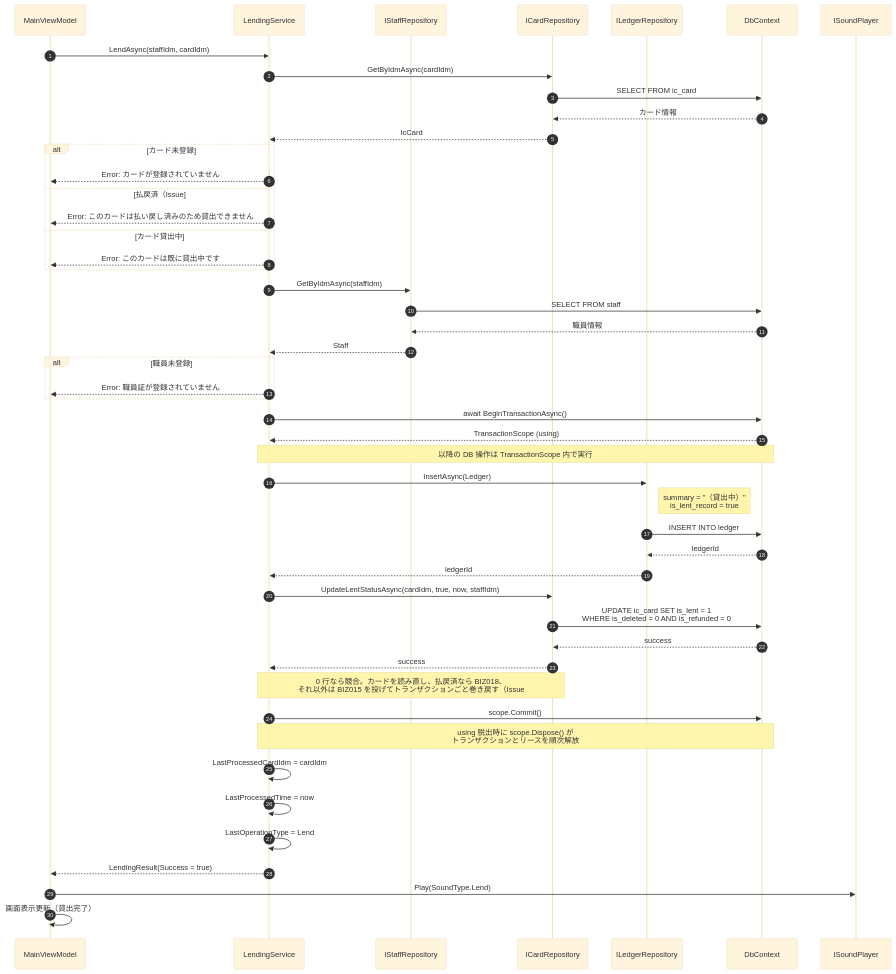
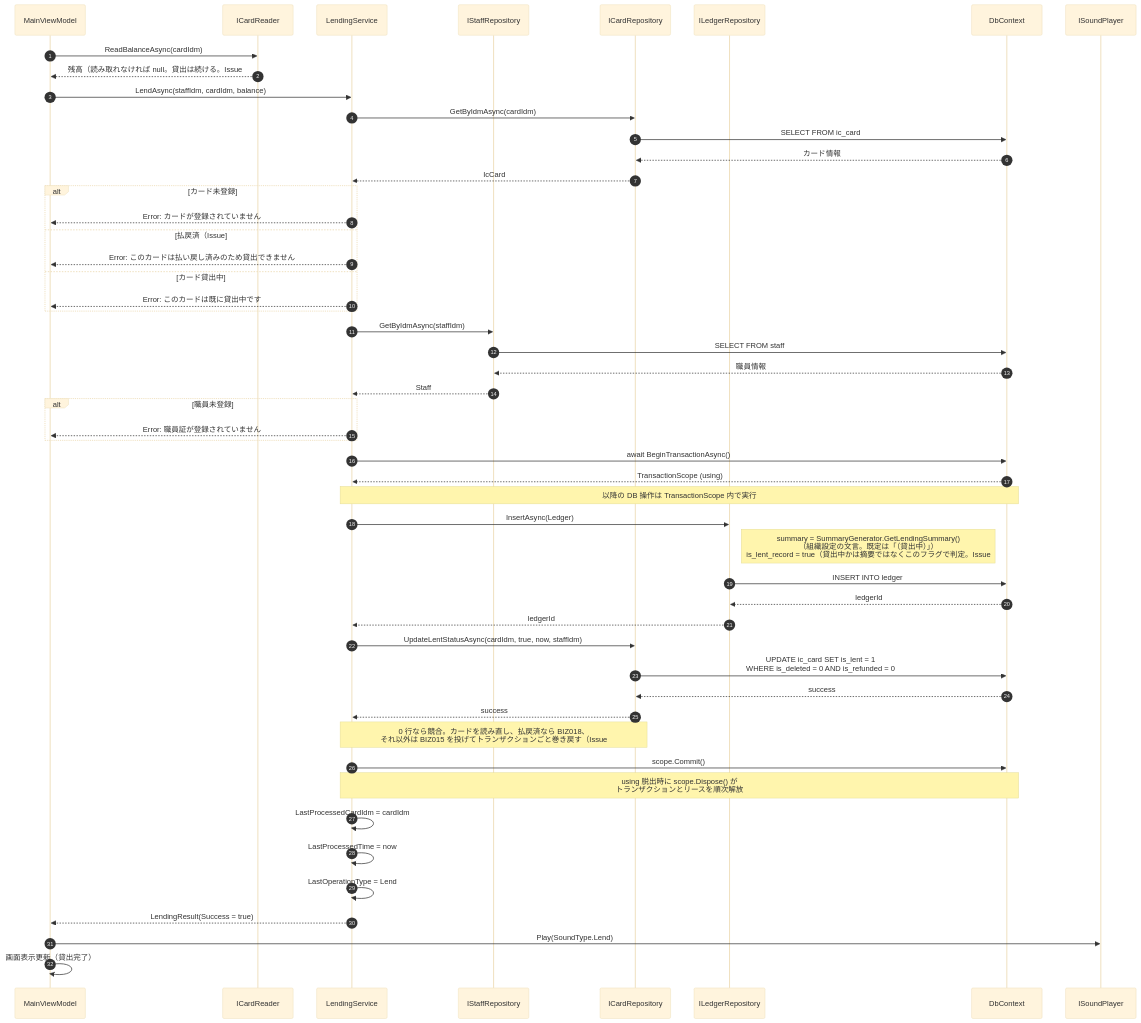
The second of 17 diagrams in ICCardManager/docs/design/06_シーケンス図.md (kuwayamamasayuki/ICCardManager), drawn with Mermaid (base theme) before and after one commit. The commit also changed other lines of this file and 1 other file, not shown here.

First line of the commit message:
docs: シーケンス図のレビュー指摘を反映し、#2309 から申し送りの食い違いを直した（#2310）

````diff
--- a/ICCardManager/docs/design/06_シーケンス図.md
+++ b/ICCardManager/docs/design/06_シーケンス図.md
@@ -119,63 +119,66 @@
 ```mermaid
 sequenceDiagram
     autonumber
     participant VM as MainViewModel
+    participant Reader as ICardReader
     participant LS as LendingService
     participant SR as IStaffRepository
     participant CR as ICardRepository
     participant LR as ILedgerRepository
     participant DB as DbContext
     participant Sound as ISoundPlayer
 
-    VM->>LS: LendAsync(staffIdm, cardIdm)
+    VM->>Reader: ReadBalanceAsync(cardIdm)
+    Reader-->>VM: 残高（読み取れなければ null。貸出は続ける。Issue #526）
+    VM->>LS: LendAsync(staffIdm, cardIdm, balance)
 
     LS->>CR: GetByIdmAsync(cardIdm)
     CR->>DB: SELECT FROM ic_card
     DB-->>CR: カード情報
     CR-->>LS: IcCard
 
     alt カード未登録
         LS-->>VM: Error: カードが登録されていません
     else 払戻済（Issue #2322）
         LS-->>VM: Error: このカードは払い戻し済みのため貸出できません
     else カード貸出中
         LS-->>VM: Error: このカードは既に貸出中です
     end
 
     LS->>SR: GetByIdmAsync(staffIdm)
     SR->>DB: SELECT FROM staff
     DB-->>SR: 職員情報
     SR-->>LS: Staff
 
     alt 職員未登録
         LS-->>VM: Error: 職員証が登録されていません
     end
 
     LS->>DB: await BeginTransactionAsync()
     DB-->>LS: TransactionScope (using)
     Note over LS,DB: 以降の DB 操作は TransactionScope 内で実行
 
     LS->>LR: InsertAsync(Ledger)
-    Note right of LR: summary = "（貸出中）"<br/>is_lent_record = true
+    Note right of LR: summary = SummaryGenerator.GetLendingSummary()<br/>（組織設定の文言。既定は「（貸出中）」）<br/>is_lent_record = true（貸出中かは摘要ではなくこのフラグで判定。Issue #2044）
     LR->>DB: INSERT INTO ledger
     DB-->>LR: ledgerId
     LR-->>LS: ledgerId
 
     LS->>CR: UpdateLentStatusAsync(cardIdm, true, now, staffIdm)
     CR->>DB: UPDATE ic_card SET is_lent = 1<br/>WHERE is_deleted = 0 AND is_refunded = 0
     DB-->>CR: success
     CR-->>LS: success
     Note over LS,CR: 0 行なら競合。カードを読み直し、払戻済なら BIZ018、<br/>それ以外は BIZ015 を投げてトランザクションごと巻き戻す（Issue #1953 / #2322）
 
     LS->>DB: scope.Commit()
     Note over LS,DB: using 脱出時に scope.Dispose() が<br/>トランザクションとリースを順次解放
 
     LS->>LS: LastProcessedCardIdm = cardIdm
     LS->>LS: LastProcessedTime = now
     LS->>LS: LastOperationType = Lend
 
     LS-->>VM: LendingResult(Success = true)
 
     VM->>Sound: Play(SoundType.Lend)
     VM->>VM: 画面表示更新（貸出完了）
 ```
````
